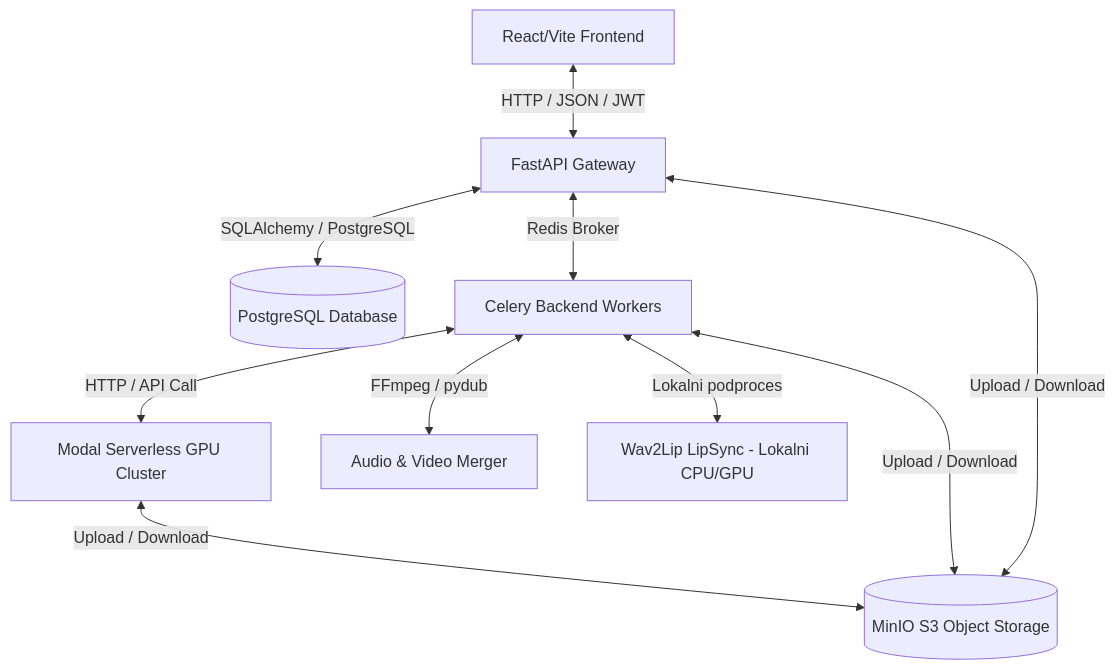
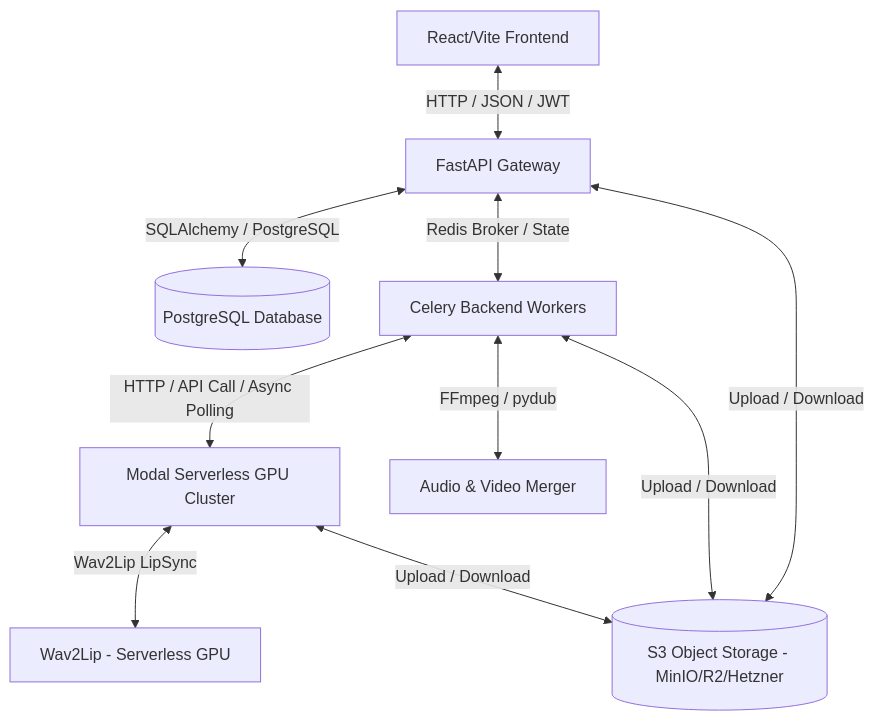
One commit to Gruya13/sinhronizuj.me changed the diagram in doc/arhitektura_i_baza.md. Above: the diagram before and after it, drawn with Mermaid. The commit also changed other lines of this file and 5 other files, not shown here.

Commit message:
docs: Update README, architecture, and docs folder to reflect current system state (Wav2Lip on Modal, modular backend routes, S3 providers, Redis perzistencija, and Postgres test DB)

````diff
--- a/doc/arhitektura_i_baza.md
+++ b/doc/arhitektura_i_baza.md
@@ -11,12 +11,12 @@
 ```mermaid
 graph TD
     Client[React/Vite Frontend] <-->|HTTP / JSON / JWT| API[FastAPI Gateway]
     API <-->|SQLAlchemy / PostgreSQL| DB[(PostgreSQL Database)]
-    API <-->|Redis Broker| Celery[Celery Backend Workers]
-    Celery <-->|HTTP / API Call| Modal[Modal Serverless GPU Cluster]
+    API <-->|Redis Broker / State| Celery[Celery Backend Workers]
+    Celery <-->|HTTP / API Call / Async Polling| Modal[Modal Serverless GPU Cluster]
     Celery <-->|FFmpeg / pydub| AudioMerge[Audio & Video Merger]
-    Celery <-->|Lokalni podproces| Wav2Lip[Wav2Lip LipSync - Lokalni CPU/GPU]
-    Modal <-->|Upload / Download| S3[(MinIO S3 Object Storage)]
+    Modal <-->|Wav2Lip LipSync| Wav2Lip[Wav2Lip - Serverless GPU]
+    Modal <-->|Upload / Download| S3[(S3 Object Storage - MinIO/R2/Hetzner)]
     Celery <-->|Upload / Download| S3
     API <-->|Upload / Download| S3
 ```
````
